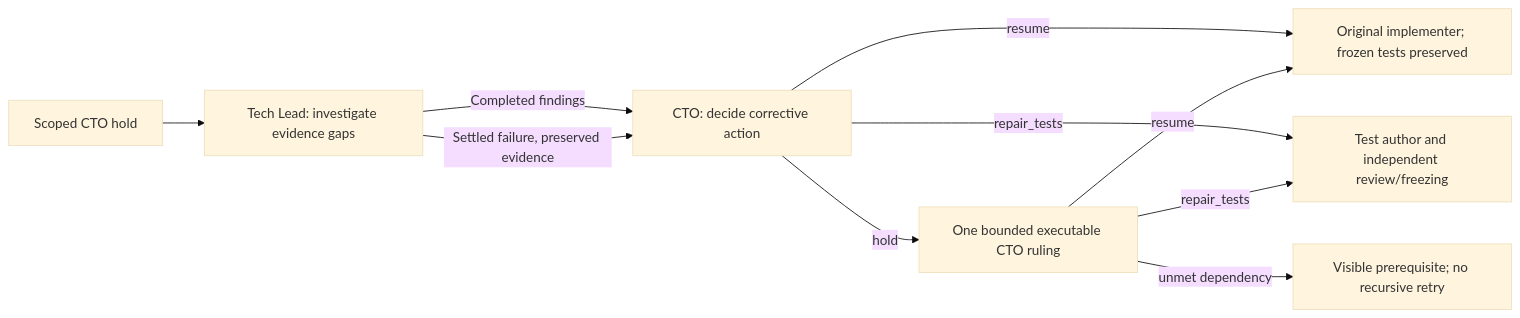
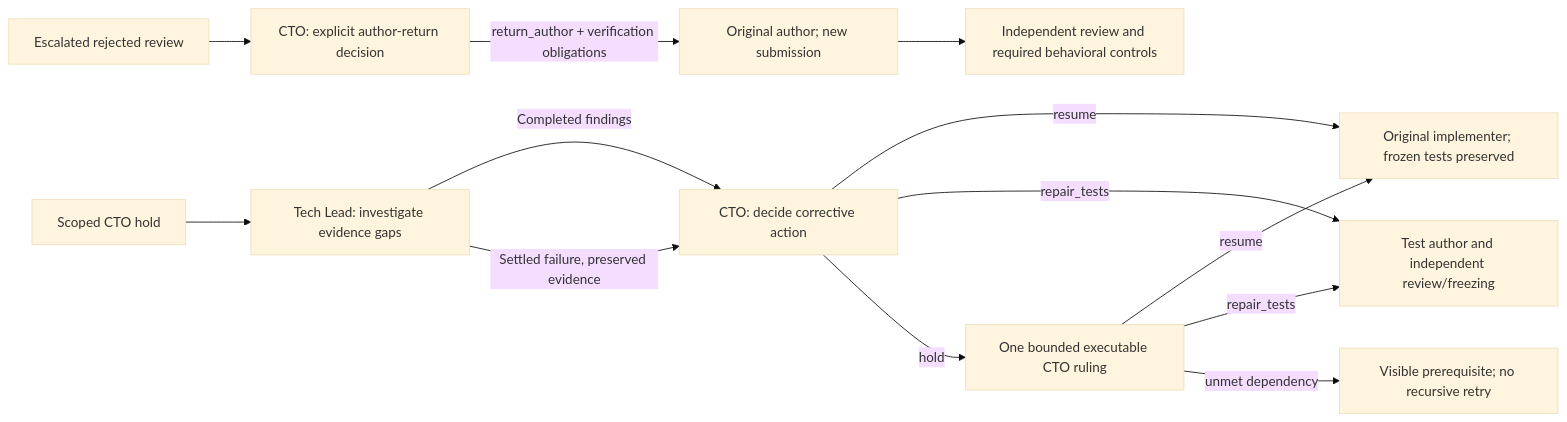
One commit to codifydeep/fabriquinha changed the diagram in docs/EVIDENCE-DIRECTED-HOLDS.md. Above: the diagram before and after it, drawn with Mermaid (base theme). The commit also changed other lines of this file and 3 other files, not shown here.

Commit message:
Return escalated independent reviews to original authors through explicit CTO authority

````diff
--- a/docs/EVIDENCE-DIRECTED-HOLDS.md
+++ b/docs/EVIDENCE-DIRECTED-HOLDS.md
@@ -8,12 +8,15 @@
 ```mermaid
 flowchart LR
   H[Scoped CTO hold] --> L[Tech Lead: investigate evidence gaps]
   L -->|Completed findings| C[CTO: decide corrective action]
   L -->|Settled failure, preserved evidence| C
   C -->|resume| I[Original implementer; frozen tests preserved]
   C -->|repair_tests| T[Test author and independent review/freezing]
   C -->|hold| D[One bounded executable CTO ruling]
   D -->|resume| I
   D -->|repair_tests| T
   D -->|unmet dependency| B[Visible prerequisite; no recursive retry]
+  R[Escalated rejected review] --> C2[CTO: explicit author-return decision]
+  C2 -->|return_author + verification obligations| A[Original author; new submission]
+  A --> R2[Independent review and required behavioral controls]
 ```
````
